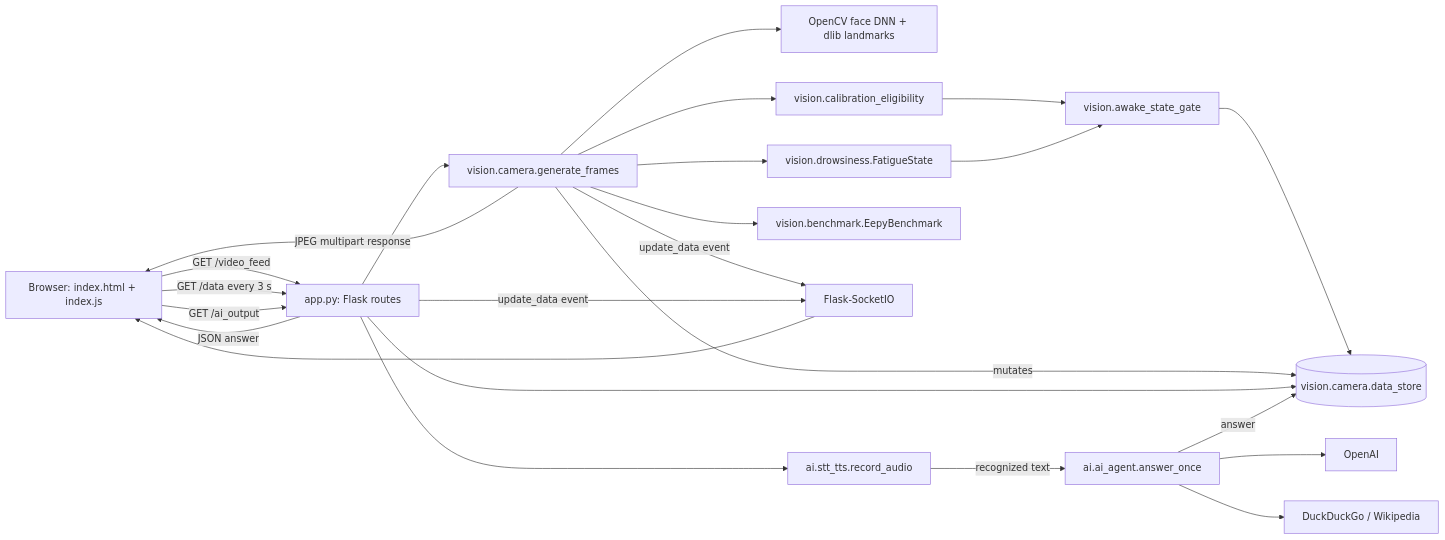
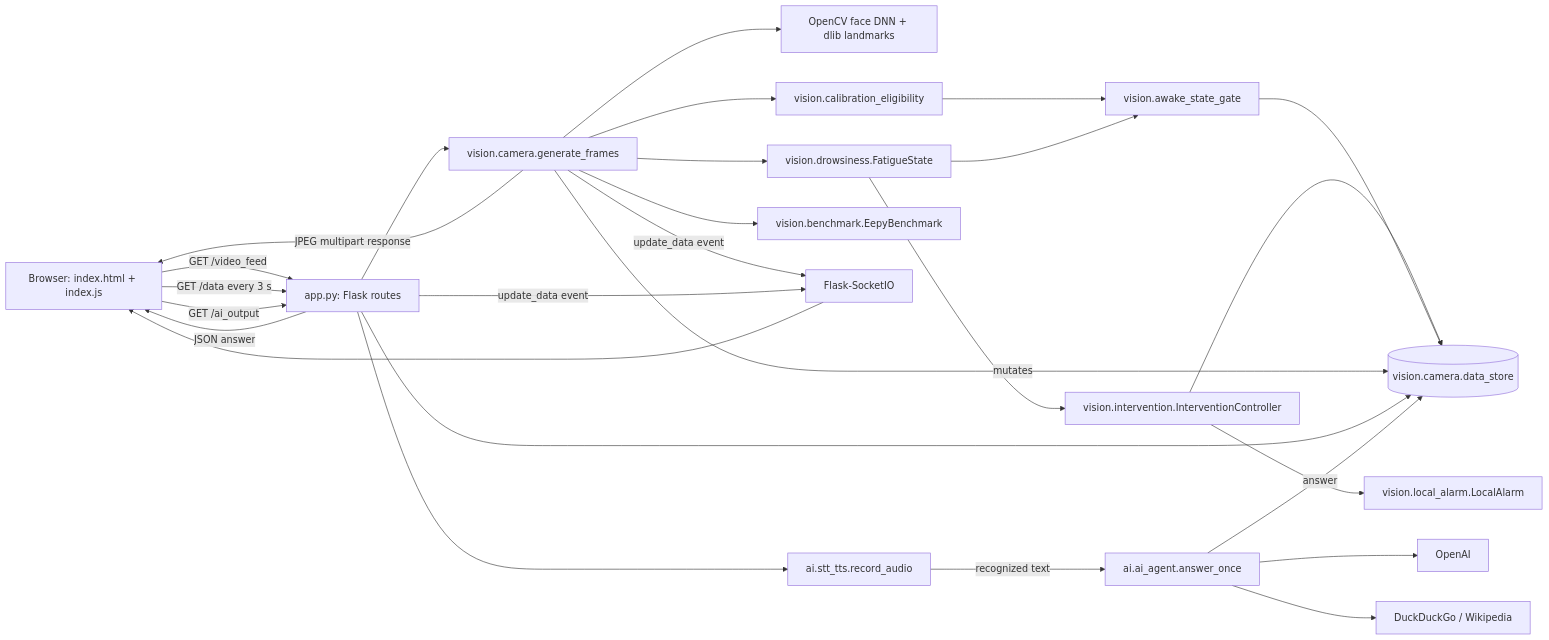
Before and after one commit to combosm/eepy: the diagram in docs/architecture.md, drawn with Mermaid. The commit also changed other lines of this file and 11 other files, not shown here.

Commit message:
add deterministic local fatigue intervention

````diff
--- a/docs/architecture.md
+++ b/docs/architecture.md
@@ -73,37 +78,42 @@
 ```mermaid
 flowchart LR
     Browser[Browser: index.html + index.js]
     Flask[app.py: Flask routes]
     Stream[vision.camera.generate_frames]
     Models[OpenCV face DNN + dlib landmarks]
     Quality[vision.calibration_eligibility]
     AwakeGate[vision.awake_state_gate]
     Fatigue[vision.drowsiness.FatigueState]
+    Intervention[vision.intervention.InterventionController]
+    Alarm[vision.local_alarm.LocalAlarm]
     Bench[vision.benchmark.EepyBenchmark]
     Store[(vision.camera.data_store)]
     Socket[Flask-SocketIO]
     STT[ai.stt_tts.record_audio]
     Agent[ai.ai_agent.answer_once]
     Tools[DuckDuckGo / Wikipedia]
     OpenAI[OpenAI]
 
     Browser -->|GET /video_feed| Flask --> Stream
     Stream --> Models
     Stream --> Quality
     Stream --> Fatigue
     Quality --> AwakeGate
     Fatigue --> AwakeGate
+    Fatigue --> Intervention
+    Intervention --> Alarm
+    Intervention --> Store
     AwakeGate --> Store
     Stream --> Bench
     Stream -->|mutates| Store
     Stream -->|JPEG multipart response| Browser
     Stream -->|update_data event| Socket --> Browser
     Browser -->|GET /data every 3 s| Flask --> Store
     Browser -->|GET /ai_output| Flask --> STT
     STT -->|recognized text| Agent
     Agent --> OpenAI
     Agent --> Tools
     Agent -->|answer| Store
     Flask -->|JSON answer| Browser
     Flask -->|update_data event| Socket
 ```
````
